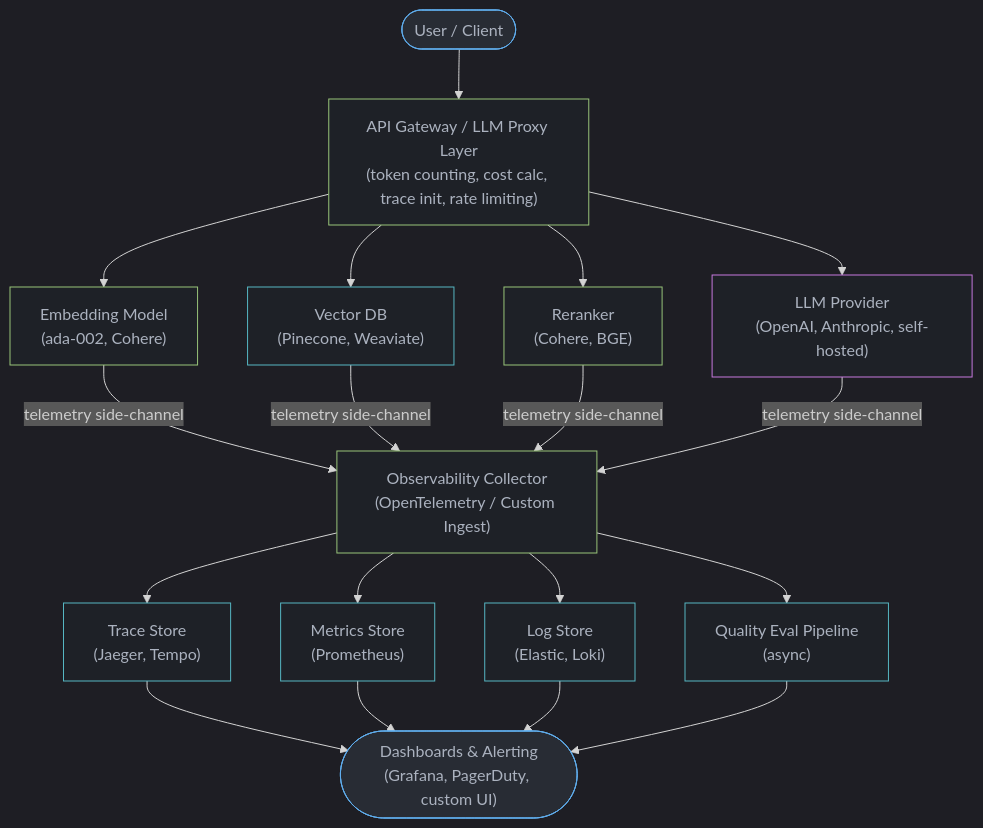
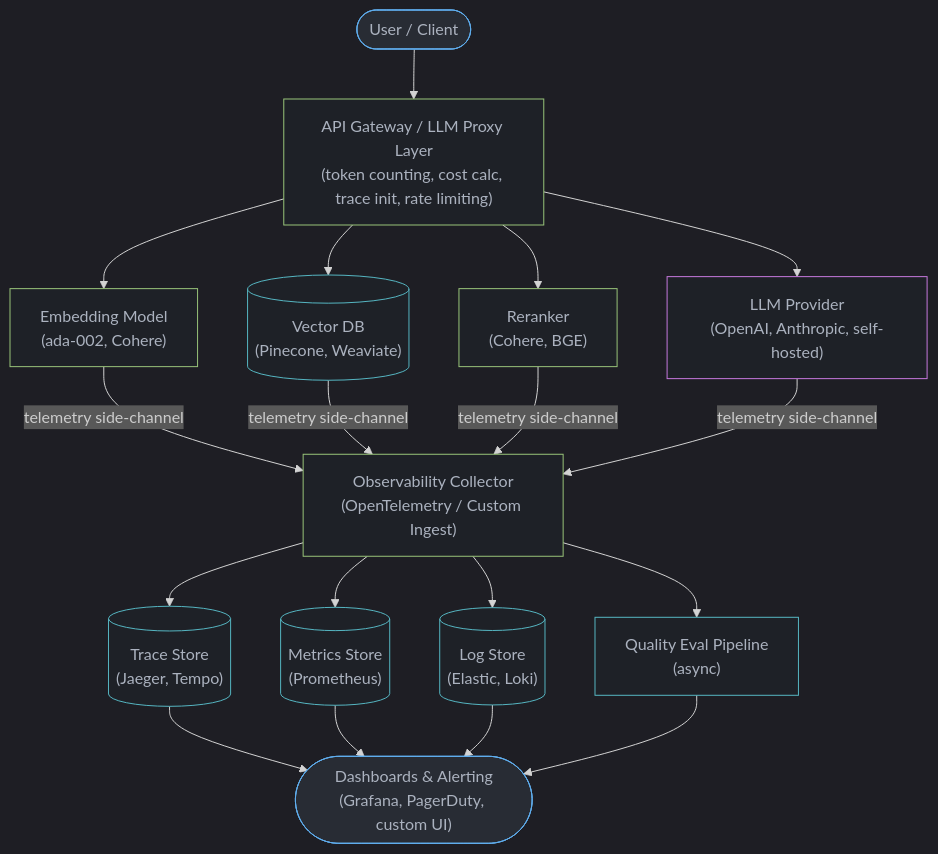
Before and after one commit to rppol/system-design: the first of 3 diagrams in src/main/java/com/rutik/systemdesign/llm/llm_observability_and_monitoring/README.md, drawn with Mermaid. The commit also changed other lines of this file, not shown here.

Commit message:
chore(diagrams): product logos + ascii sweep in llm_observability_and_monitoring/README.md

````diff
--- a/src/main/java/com/rutik/systemdesign/llm/llm_observability_and_monitoring/README.md
+++ b/src/main/java/com/rutik/systemdesign/llm/llm_observability_and_monitoring/README.md
@@ -212,30 +212,30 @@
 ```mermaid
 %%{init: {'flowchart': {'curve': 'basis'}, 'theme': 'dark'}}%%
 flowchart TD
     User([User / Client]) --> Gateway
     Gateway["API Gateway / LLM Proxy Layer\n(token counting, cost calc, trace init, rate limiting)"] --> Embed & VDB & Rerank & LLMProv
     Embed["Embedding Model\n(ada-002, Cohere)"]
-    VDB["Vector DB\n(Pinecone, Weaviate)"]
+    VDB[("Vector DB\n(Pinecone, Weaviate)")]
     Rerank["Reranker\n(Cohere, BGE)"]
     LLMProv["LLM Provider\n(OpenAI, Anthropic, self-hosted)"]
     Embed & VDB & Rerank & LLMProv -- "telemetry side-channel" --> Collector
     Collector["Observability Collector\n(OpenTelemetry / Custom Ingest)"] --> TraceStore & MetricsStore & LogStore & QualEval
-    TraceStore["Trace Store\n(Jaeger, Tempo)"]
-    MetricsStore["Metrics Store\n(Prometheus)"]
-    LogStore["Log Store\n(Elastic, Loki)"]
+    TraceStore[("Trace Store\n(Jaeger, Tempo)")]
+    MetricsStore[("Metrics Store\n(Prometheus)")]
+    LogStore[("Log Store\n(Elastic, Loki)")]
     QualEval["Quality Eval Pipeline\n(async)"]
     TraceStore & MetricsStore & LogStore & QualEval --> Dashboard(["Dashboards & Alerting\n(Grafana, PagerDuty, custom UI)"])
 
     classDef io     fill:#282c34,stroke:#61afef,color:#abb2bf
     classDef proc   fill:#1e2127,stroke:#98c379,color:#abb2bf
     classDef llm    fill:#1e2127,stroke:#c678dd,color:#abb2bf
     classDef store  fill:#1e2127,stroke:#56b6c2,color:#abb2bf
 
     class User,Dashboard io
     class Gateway proc
     class Embed,Rerank proc
     class VDB store
     class LLMProv llm
     class Collector proc
     class TraceStore,MetricsStore,LogStore,QualEval store
 ```
````
